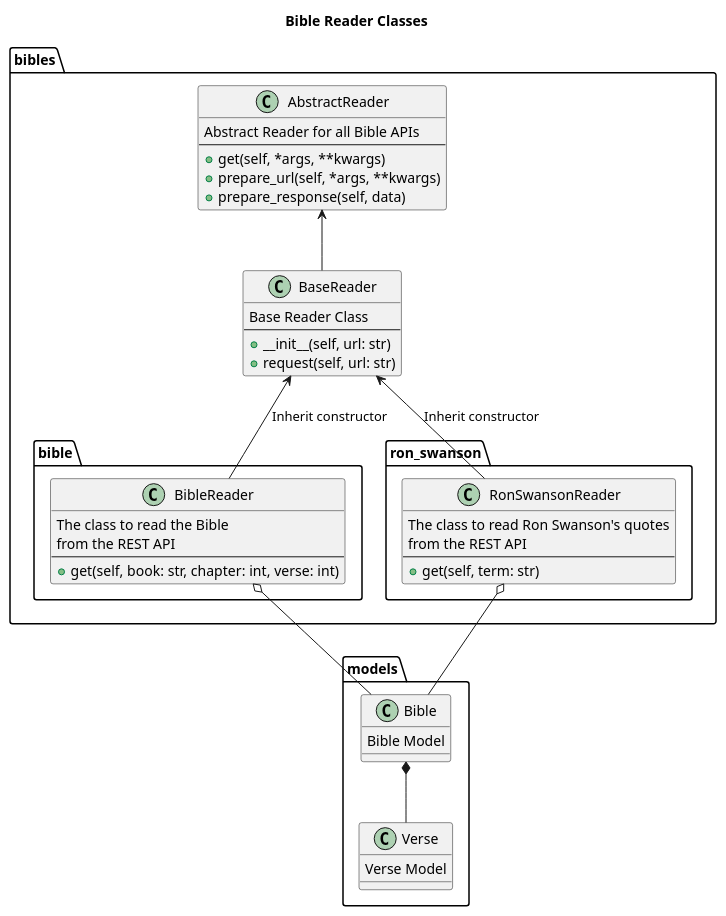
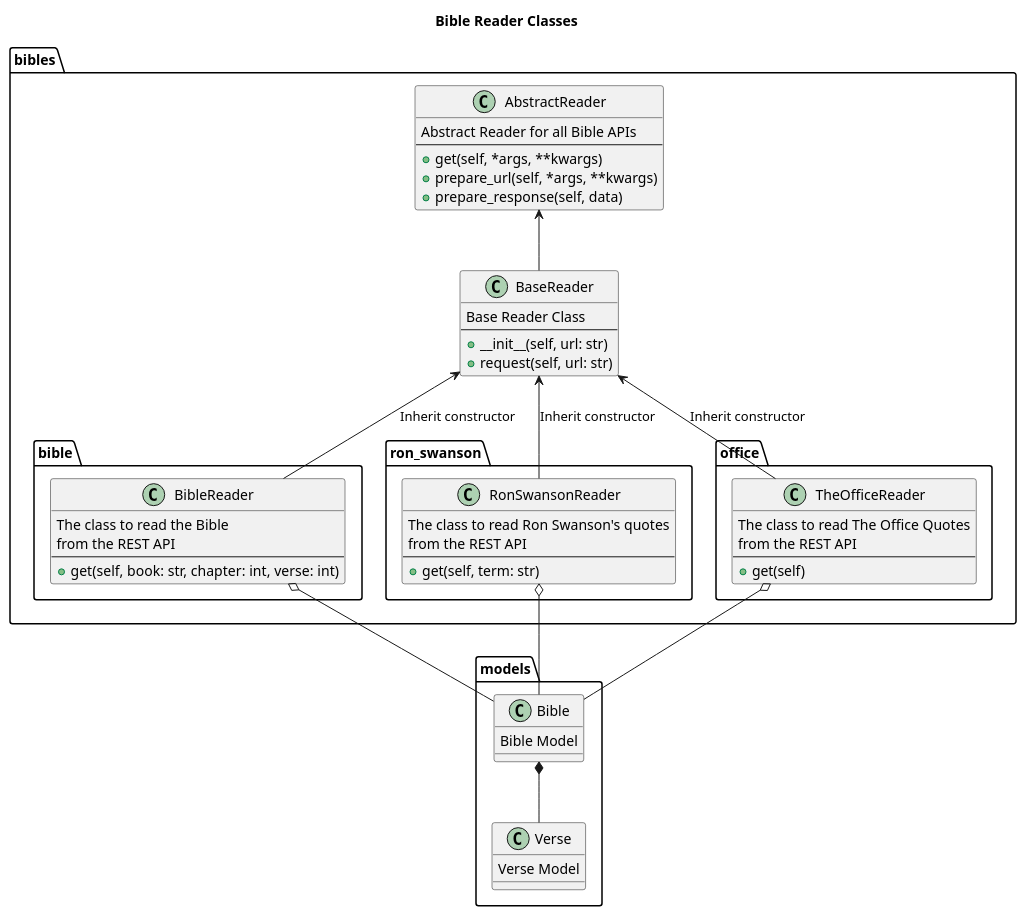
The diagram in .docs/classes.puml (MikhailKravets/bible-reader), drawn with PlantUML before and after one commit. The commit also changed 5 other files, not shown here.

Commit message:
Add new TheOfficeReader class

```diff
--- a/.docs/classes.puml
+++ b/.docs/classes.puml
@@ -1,53 +1,63 @@
 @startuml
 
 title "Bible Reader Classes"
 
 package models {
     class Bible {
         Bible Model
     }
     class Verse {
         Verse Model
     }
     Verse -up-* Bible
 }
 
 package bibles {
     class AbstractReader{
         Abstract Reader for all Bible APIs
         ----
         +get(self, *args, **kwargs)
         +prepare_url(self, *args, **kwargs)
         +prepare_response(self, data)
     }
     class BaseReader{
         Base Reader Class
         ----
         +__init__(self, url: str)
         +request(self, url: str)
     }
     package bible{
         class BibleReader{
             The class to read the Bible
             from the REST API
             ----
             +get(self, book: str, chapter: int, verse: int)
         }
     }
     package ron_swanson{
         class RonSwansonReader{
             The class to read Ron Swanson's quotes
             from the REST API
             ----
             +get(self, term: str)
         }
     }
+    package office{
+        class TheOfficeReader{
+            The class to read The Office Quotes
+            from the REST API
+            ----
+            +get(self)
+        }
+    }
     BaseReader -up-> AbstractReader
 
     BibleReader -up-> BaseReader: Inherit constructor
     RonSwansonReader -up-> BaseReader: Inherit constructor
+    TheOfficeReader -up-> BaseReader: Inherit constructor
 }
 Bible -up-o BibleReader
 Bible -up-o RonSwansonReader
+Bible -up-o TheOfficeReader
 
 @enduml
```
